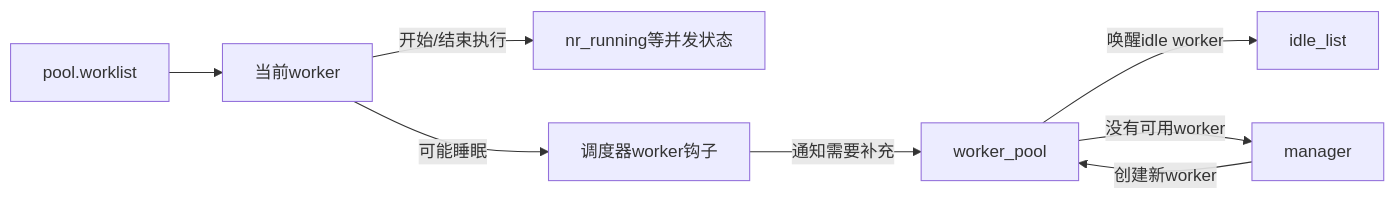
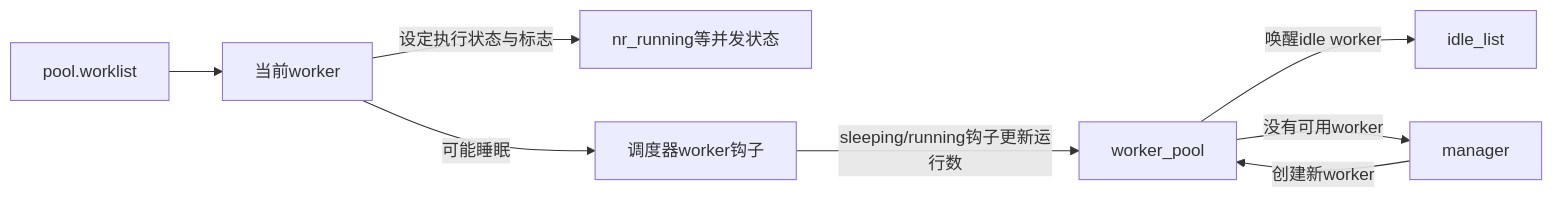
One commit to FormingSystem/linux_note changed the first of 2 diagrams in knowledge/linux/synchronization_and_asynchrony/asynchrony/workqueue/P05_worker并发管理与执行循环.md. Above: the diagram before and after it, drawn with Mermaid. The commit also changed other lines of this file and 10 other files, not shown here.

````diff
--- a/knowledge/linux/synchronization_and_asynchrony/asynchrony/workqueue/P05_worker并发管理与执行循环.md
+++ b/knowledge/linux/synchronization_and_asynchrony/asynchrony/workqueue/P05_worker并发管理与执行循环.md
@@ -18,10 +20,10 @@
 ```mermaid
 flowchart LR
     L["pool.worklist"] --> K["当前worker"]
-    K -->|"开始/结束执行"| N["nr_running等并发状态"]
+    K -->|"设定执行状态与标志"| N["nr_running等并发状态"]
     K -->|"可能睡眠"| S["调度器worker钩子"]
-    S -->|"通知需要补充"| P["worker_pool"]
+    S -->|"sleeping/running钩子更新运行数"| P["worker_pool"]
     P -->|"唤醒idle worker"| I["idle_list"]
     P -->|"没有可用worker"| M["manager"]
     M -->|"创建新worker"| P
 ```
````
